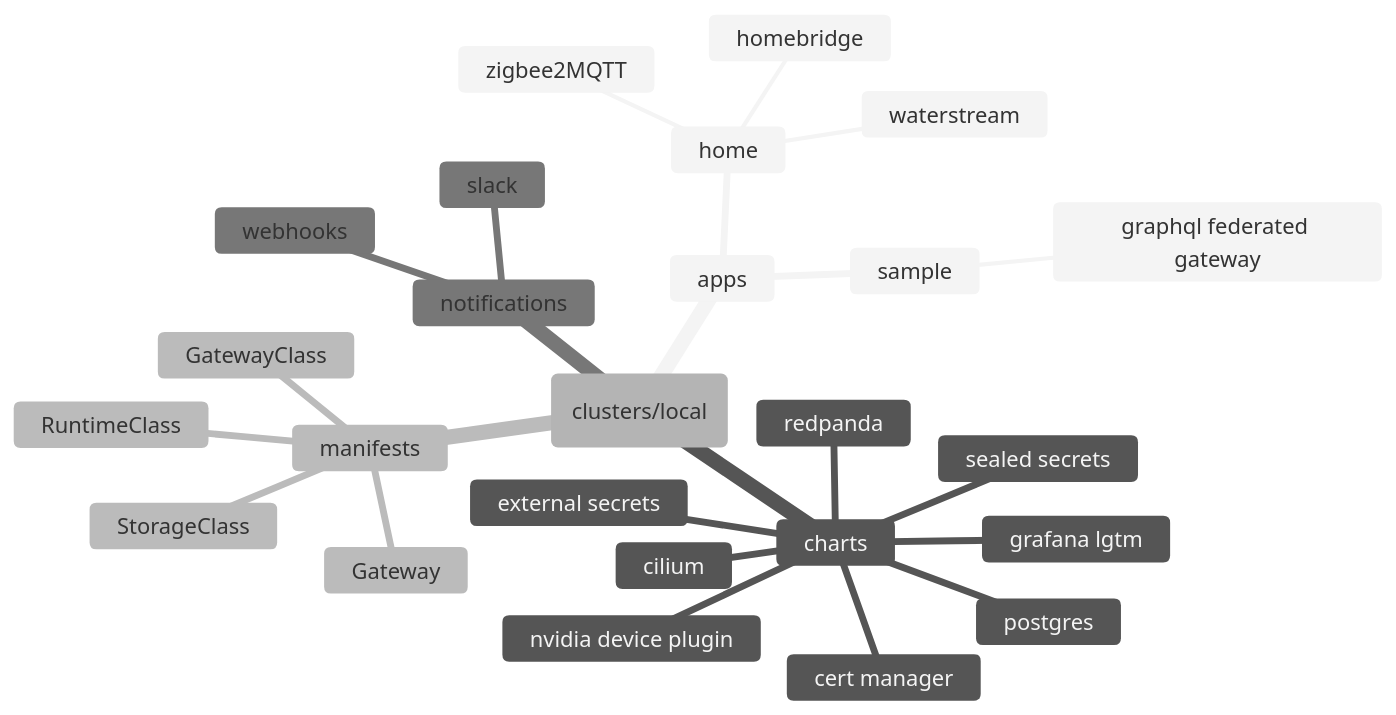
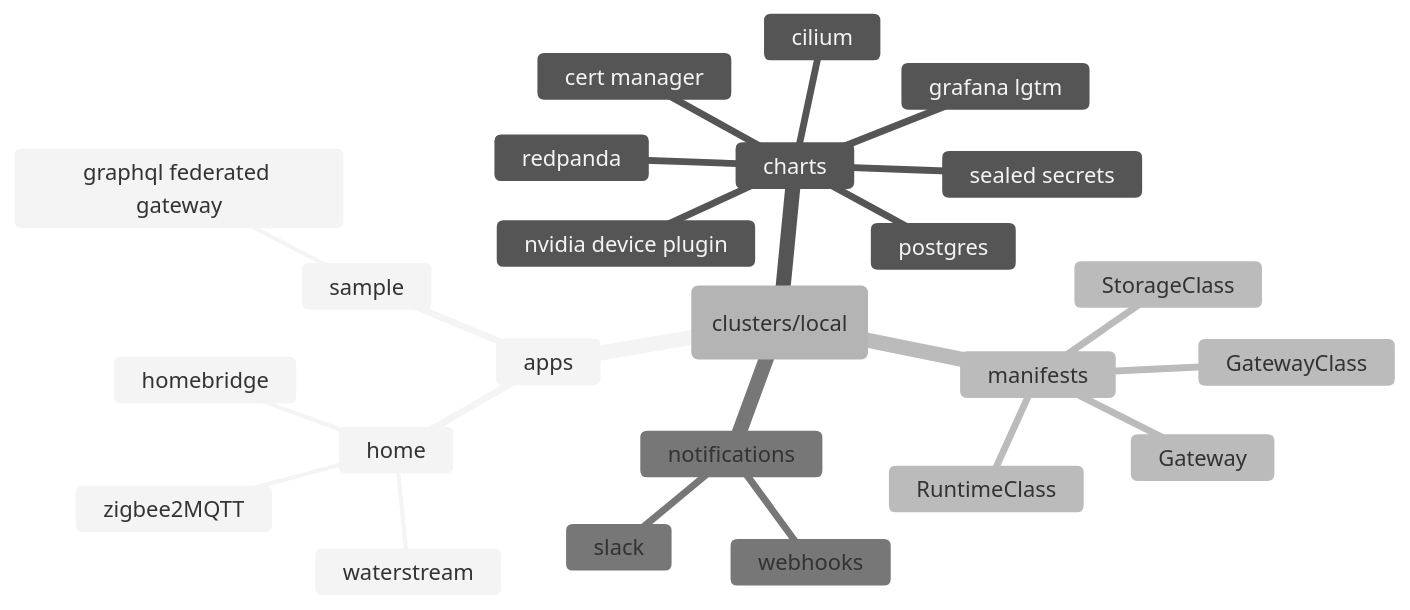
Before and after one commit to dudo/turing-pi: the diagram in README.md, drawn with Mermaid (neutral theme). The commit also changed other lines of this file and 18 other files, not shown here.

````diff
--- a/README.md
+++ b/README.md
@@ -13,28 +13,27 @@
 ```mermaid
 mindmap
   root(clusters/local)
     apps
       home
         homebridge
         waterstream
         zigbee2MQTT
       sample
         graphql federated gateway
     charts
       cert manager
       cilium
-      external secrets
       grafana lgtm
       nvidia device plugin
       postgres
       redpanda
       sealed secrets
     manifests
       GatewayClass
       Gateway
       RuntimeClass
       StorageClass
     notifications
       slack
       webhooks
 ```
````
